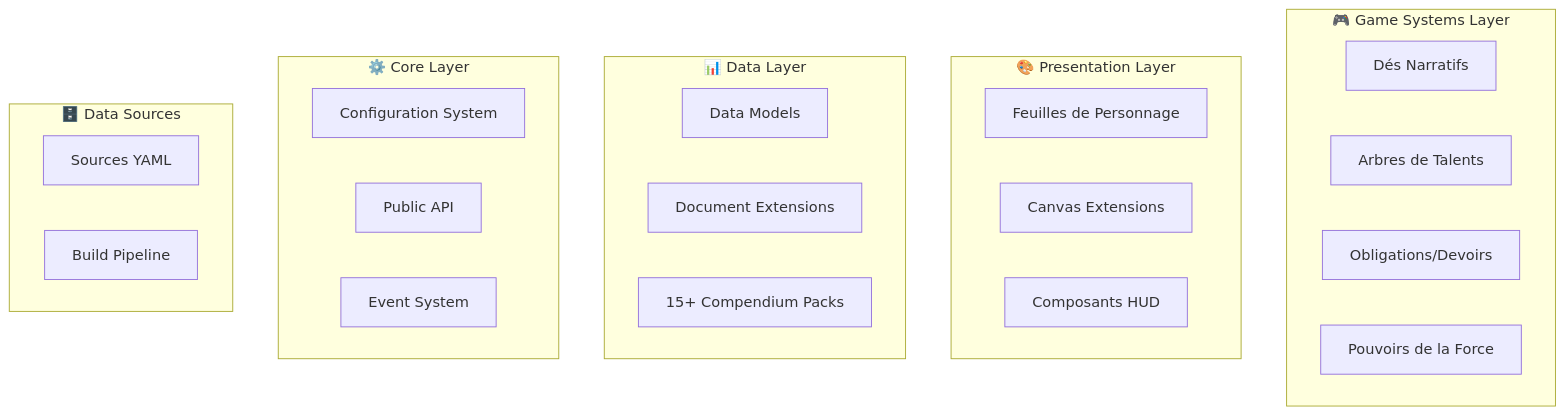
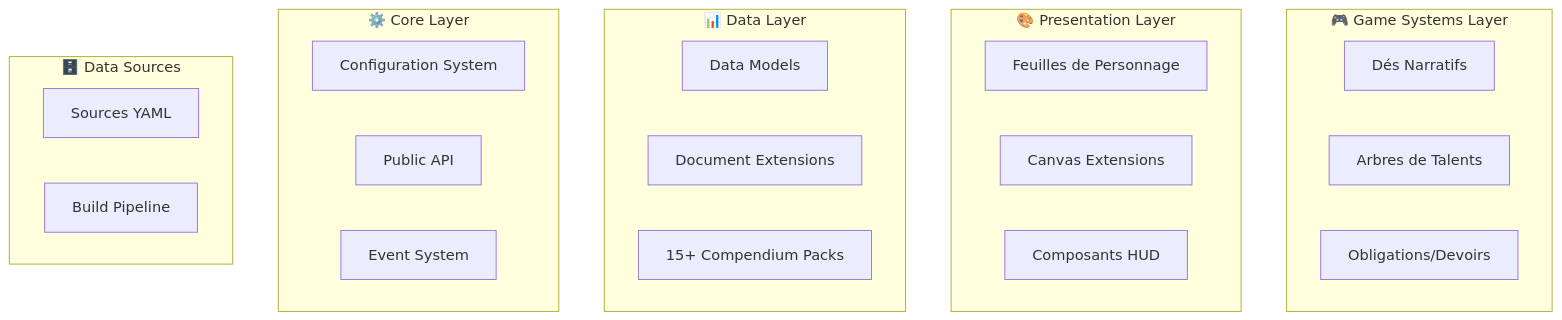
Before and after one commit to herveDarritchon/foundryvtt-swerpg: the diagram in documentation/architecture/OVERVIEW.md, drawn with Mermaid. The commit also changed other lines of this file and 5 other files, not shown here.

````diff
--- a/documentation/architecture/OVERVIEW.md
+++ b/documentation/architecture/OVERVIEW.md
@@ -9,33 +9,32 @@
 ```mermaid
 graph TB
 
     subgraph "🎮 Game Systems Layer"
         DICE[Dés Narratifs]
         TALENTS[Arbres de Talents]
         OBLIGATIONS[Obligations/Devoirs]
-        FORCE[Pouvoirs de la Force]
     end
 
     subgraph "🎨 Presentation Layer"
         SHEETS[Feuilles de Personnage]
         CANVAS[Canvas Extensions]
         HUD[Composants HUD]
     end
 
     subgraph "📊 Data Layer"
         MODELS[Data Models]
         DOCUMENTS[Document Extensions]
         COMPENDIUMS[15+ Compendium Packs]
     end
 
     subgraph "⚙️ Core Layer"
         CONFIG[Configuration System]
         API[Public API]
         HOOKS[Event System]
     end
 
     subgraph "🗄️ Data Sources"
         YAML[Sources YAML]
         BUILD[Build Pipeline]
     end
 ```
````
